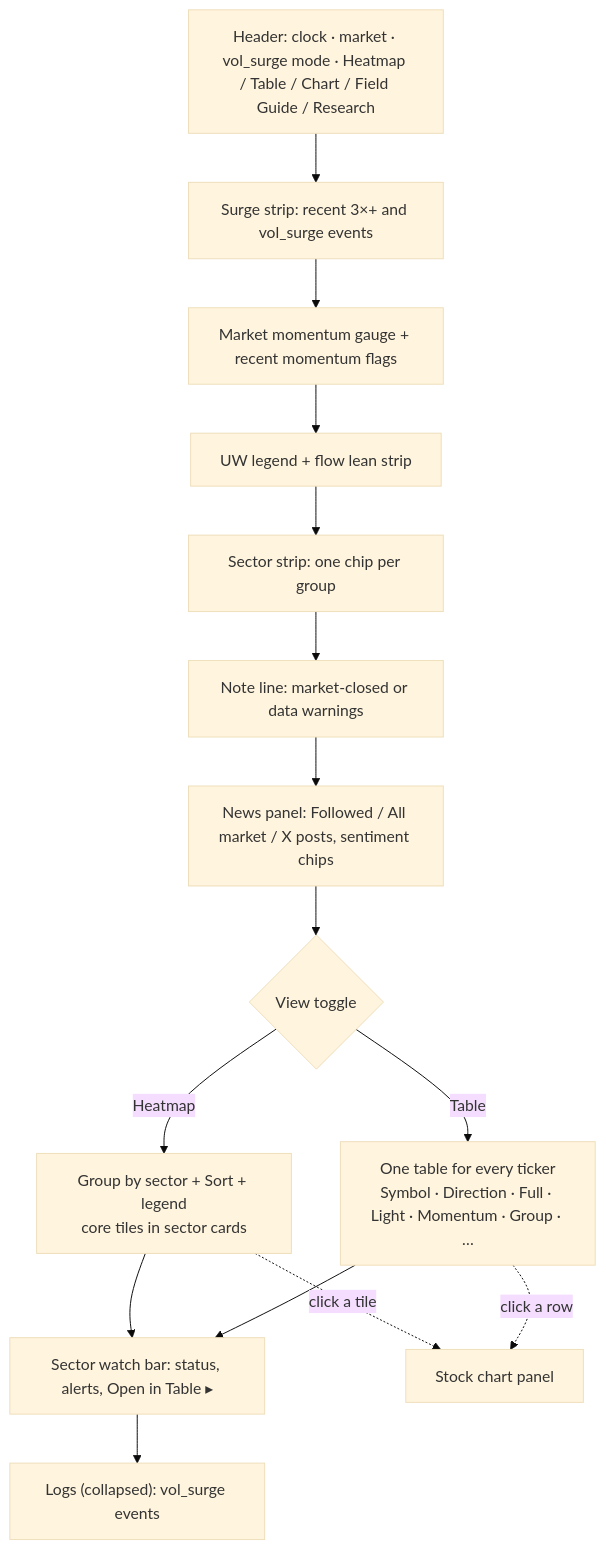
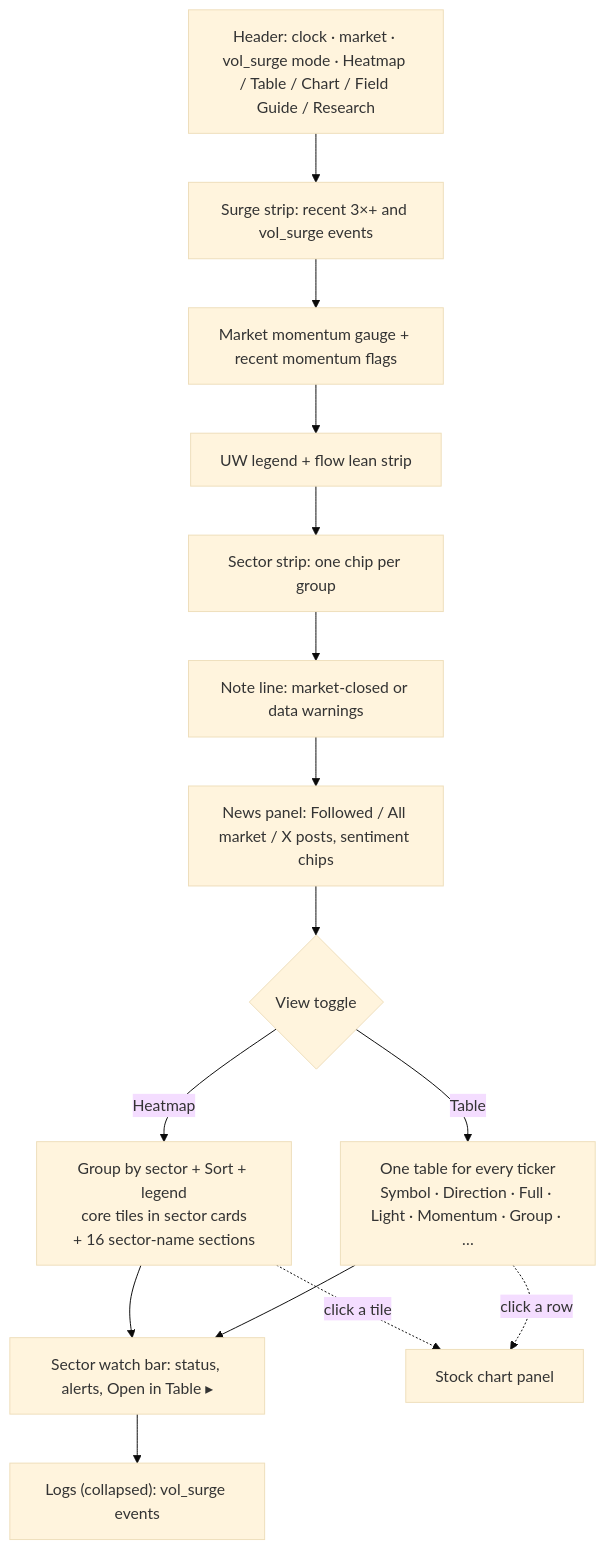
Before and after one commit to jeffbazar/oid-trading-desk: the first of 2 diagrams in mini-oid-collector/oid-live-page/guide/docs/README.md, drawn with Mermaid (base theme). The commit also changed other lines of this file and 21 other files, not shown here.

````diff
--- a/mini-oid-collector/oid-live-page/guide/docs/README.md
+++ b/mini-oid-collector/oid-live-page/guide/docs/README.md
@@ -17,17 +17,17 @@
 ```mermaid
 flowchart TD
   H["Header: clock · market · vol_surge mode · Heatmap / Table / Chart / Field Guide / Research"] --> S["Surge strip: recent 3×+ and vol_surge events"]
   S --> M["Market momentum gauge + recent momentum flags"]
   M --> L["UW legend + flow lean strip"]
   L --> SS["Sector strip: one chip per group"]
   SS --> N["Note line: market-closed or data warnings"]
   N --> NEWS["News panel: Followed / All market / X posts, sentiment chips"]
   NEWS --> V{"View toggle"}
-  V -->|Heatmap| G["Group by sector + Sort + legend<br/>core tiles in sector cards"]
+  V -->|Heatmap| G["Group by sector + Sort + legend<br/>core tiles in sector cards<br/>+ 16 sector-name sections"]
   V -->|Table| T["One table for every ticker<br/>Symbol · Direction · Full · Light · Momentum · Group · …"]
   G --> W["Sector watch bar: status, alerts, Open in Table ▸"]
   T --> W
   W --> LOG["Logs (collapsed): vol_surge events"]
   G -.click a tile.-> CH["Stock chart panel"]
   T -.click a row.-> CH
 ```
````
